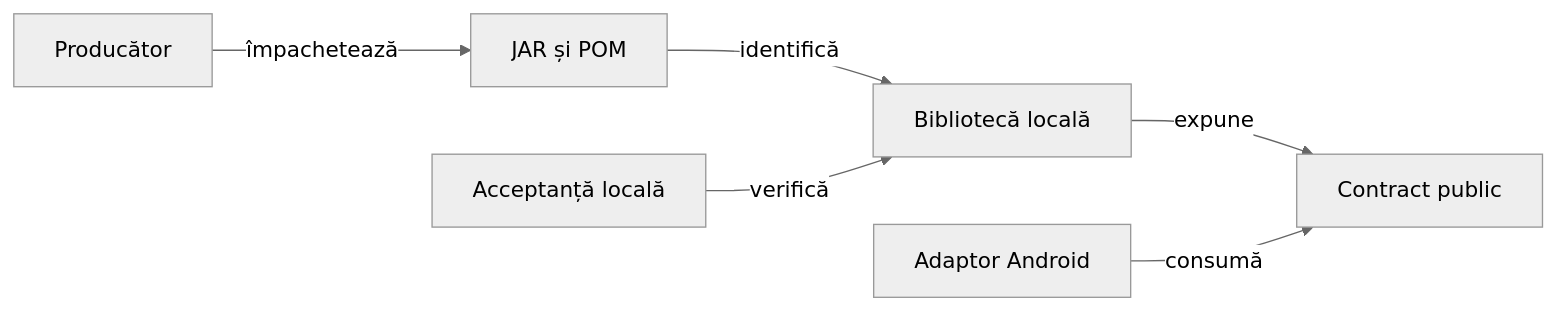
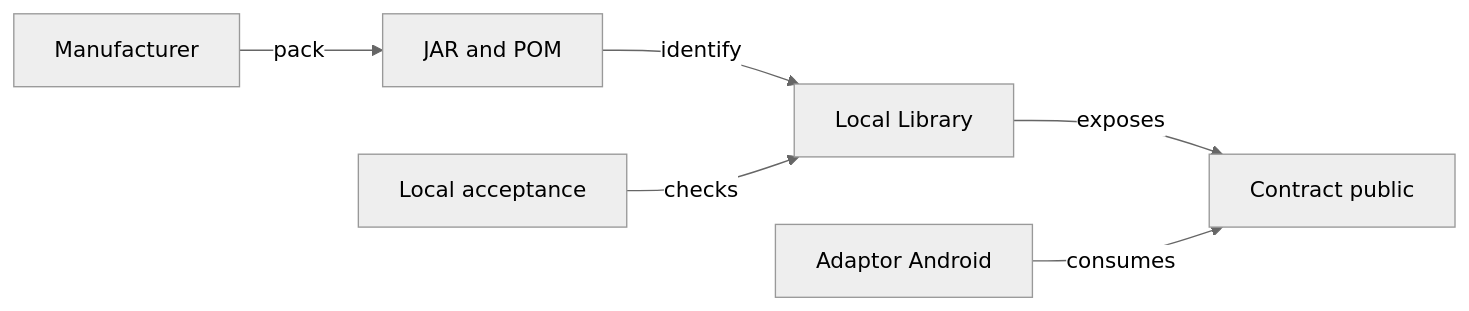
Before and after one commit to crististefanita/atf_j4: the diagram in docs/platform/README.md, drawn with Mermaid (neutral theme). The commit also changed other lines of this file and 122 other files, not shown here.

````diff
--- a/docs/platform/README.md
+++ b/docs/platform/README.md
@@ -16,8 +16,8 @@
 ```mermaid
 flowchart LR
-    PRODUCER[Producător] -->|împachetează| PAIR[JAR și POM]
-    PAIR -->|identifică| LIB[Bibliotecă locală]
-    LIB -->|expune| API[Contract public]
-    ADAPTER[Adaptor Android] -->|consumă| API
-    CHECK[Acceptanță locală] -->|verifică| LIB
+    PRODUCER[Manufacturer] -->|pack| PAIR[JAR and POM]
+    PAIR -->|identify| LIB[Local Library]
+    LIB -->|exposes| API[Contract public]
+    ADAPTER[Adaptor Android] -->|consumes| API
+    CHECK[Local acceptance] -->|checks| LIB
 ```
````
